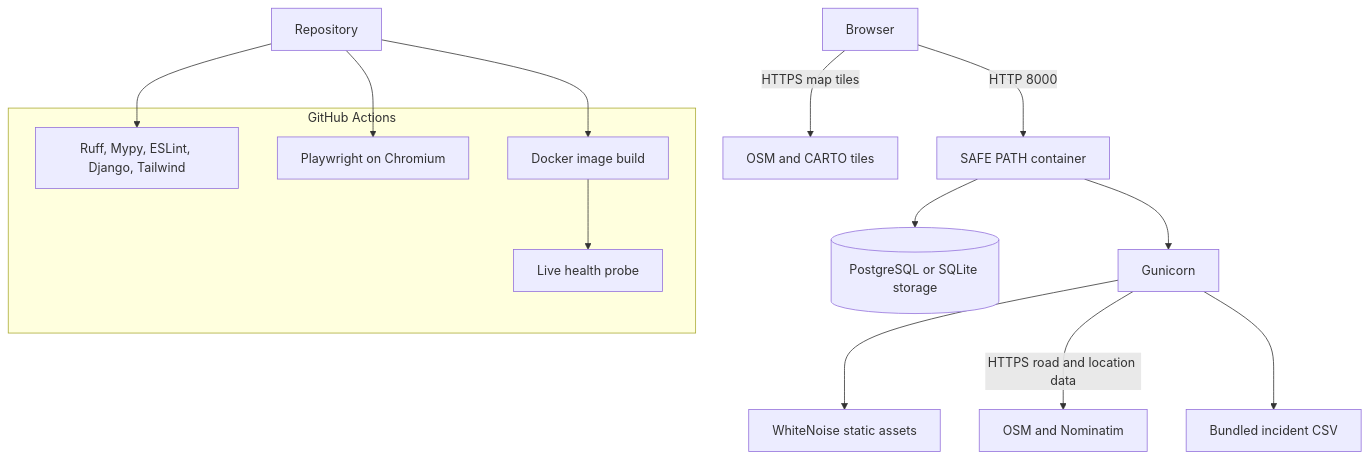
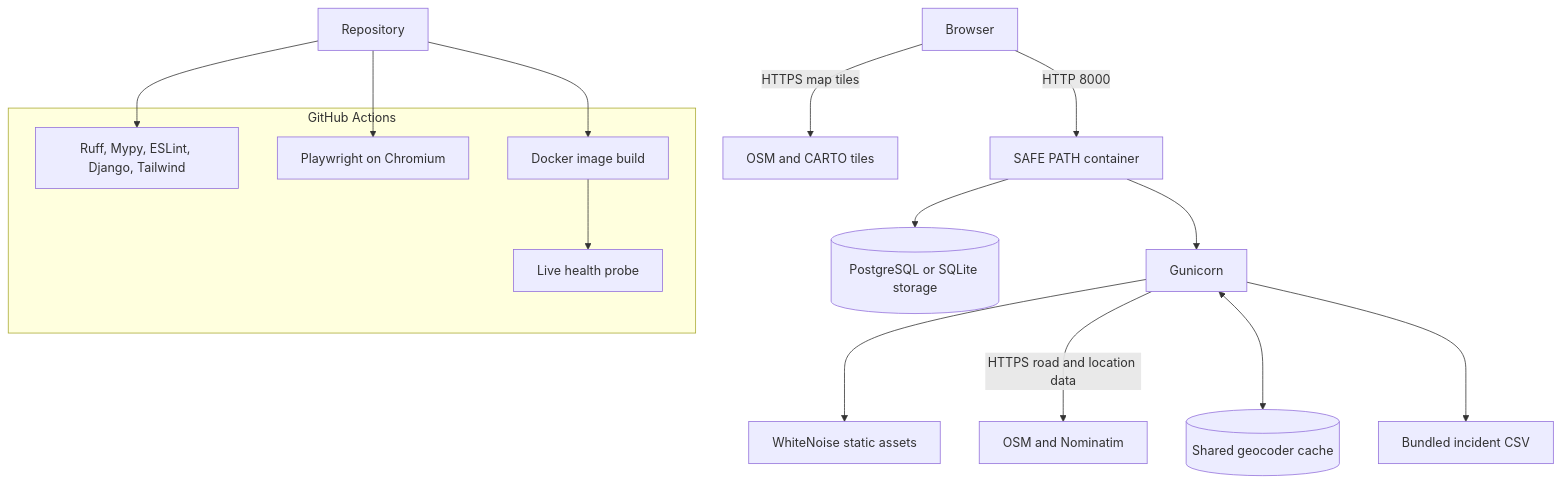
The sixth of 6 diagrams in docs/ARCHITECTURE.md (K2K22K2K22/SafePath), drawn with Mermaid before and after one commit. The commit also changed other lines of this file and 22 other files, not shown here.

````diff
--- a/docs/ARCHITECTURE.md
+++ b/docs/ARCHITECTURE.md
@@ -319,22 +342,23 @@
 ```mermaid
 flowchart TB
     Client[Browser] -->|HTTP 8000| Container[SAFE PATH container]
     Client -->|HTTPS map tiles| Tiles[OSM and CARTO tiles]
     Container --> Django[Gunicorn]
     Django --> Static[WhiteNoise static assets]
     Django -->|HTTPS road and location data| External[OSM and Nominatim]
+    Django <--> Cache[(Shared geocoder cache)]
     Django --> CSV[Bundled incident CSV]
     Container --> Database[(PostgreSQL or SQLite storage)]
 
     subgraph CI[GitHub Actions]
         Quality[Ruff, Mypy, ESLint, Django, Tailwind]
         Browser[Playwright on Chromium]
         Image[Docker image build]
         Probe[Live health probe]
     end
 
     Repo[Repository] --> Quality
     Repo --> Browser
     Repo --> Image
     Image --> Probe
 ```
````
